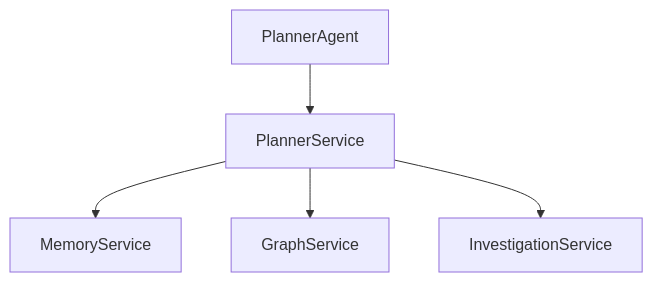
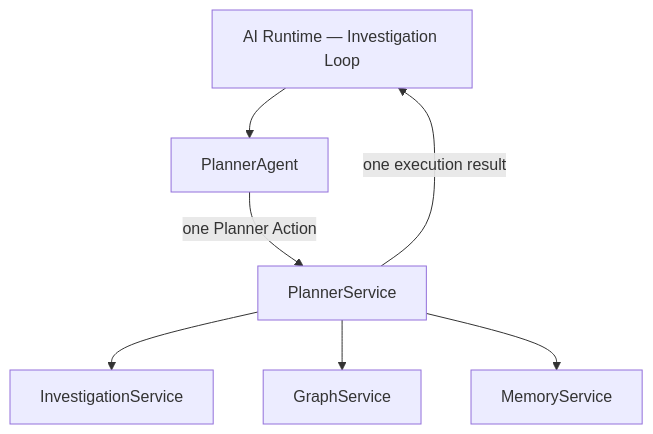
Before and after one commit to koraayoztuurk/SentinelAI: the diagram in docs/04-backend/planner-service.md, drawn with Mermaid. The commit also changed other lines of this file and 66 other files, not shown here.

````diff
--- a/docs/04-backend/planner-service.md
+++ b/docs/04-backend/planner-service.md
@@ -61,11 +58,17 @@
 ```mermaid
 flowchart TD
 
-PlannerAgent --> PlannerService
+InvestigationLoop[AI Runtime — Investigation Loop]
+
+InvestigationLoop --> PlannerAgent
+
+PlannerAgent -->|one Planner Action| PlannerService
+
+PlannerService --> InvestigationService
+
+PlannerService --> GraphService
 
 PlannerService --> MemoryService
 
-PlannerService --> GraphService
-
-PlannerService --> InvestigationService
+PlannerService -->|one execution result| InvestigationLoop
 ```
````
